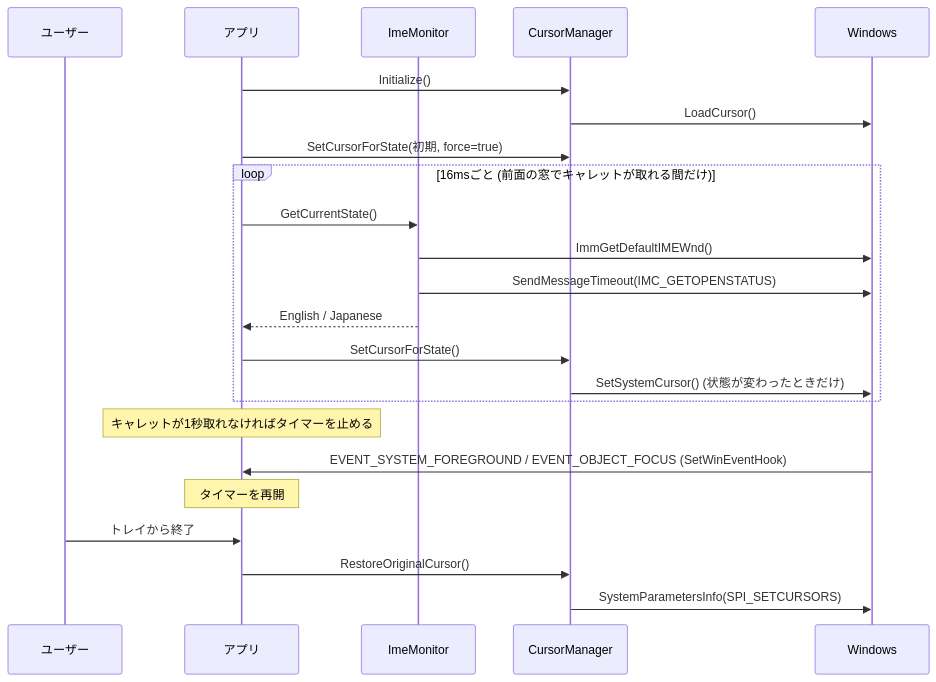
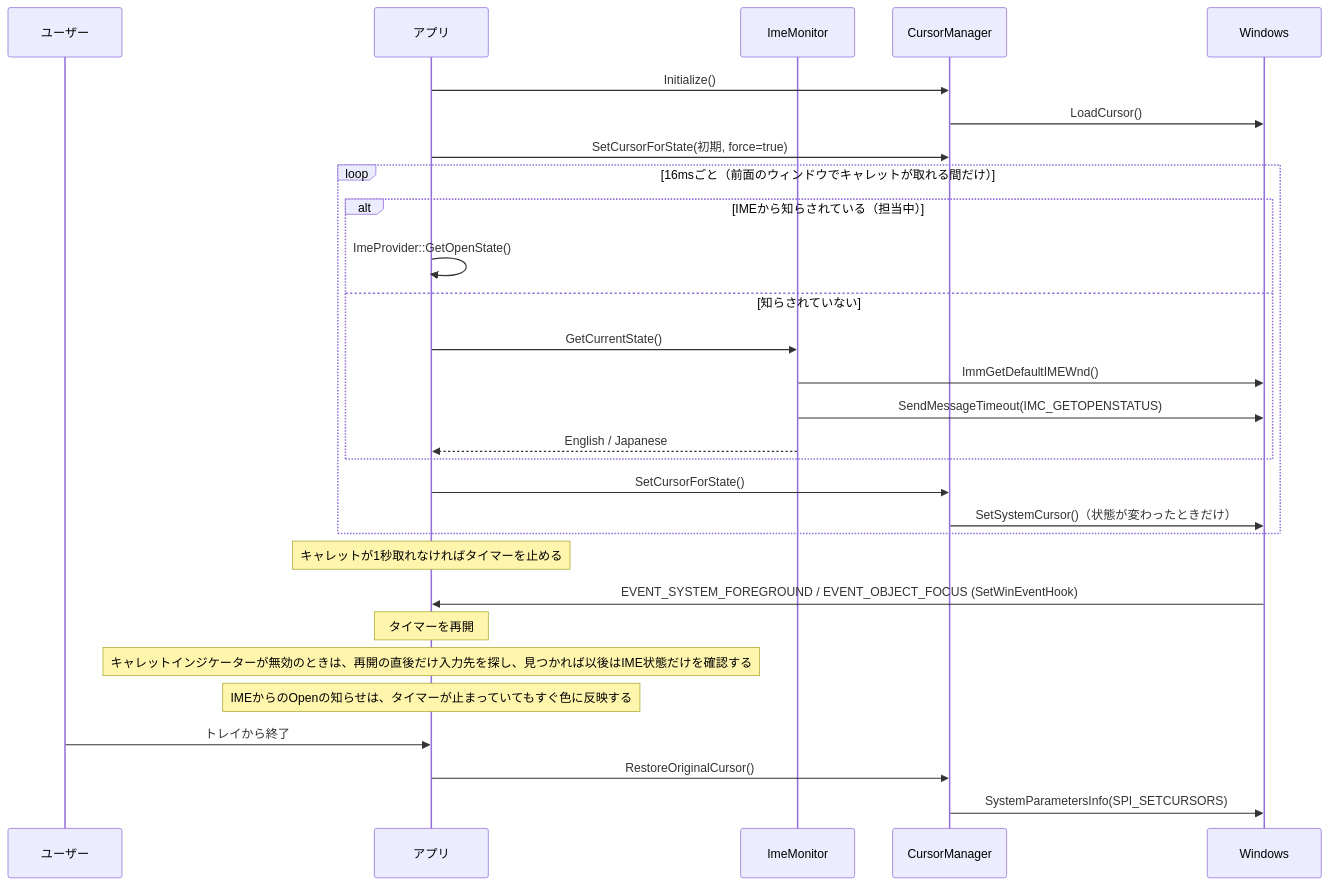
One commit to ycookiey/yCursory changed the second of 6 diagrams in docs/architecture.md. Above: the diagram before and after it, drawn with Mermaid. The commit also changed other lines of this file and 9 other files, not shown here.

````diff
--- a/docs/architecture.md
+++ b/docs/architecture.md
@@ -32,29 +38,35 @@
 ```mermaid
 sequenceDiagram
     participant User as ユーザー
     participant App as アプリ
     participant IME as ImeMonitor
     participant Cursor as CursorManager
     participant Win as Windows
     
     App->>Cursor: Initialize()
     Cursor->>Win: LoadCursor()
     App->>Cursor: SetCursorForState(初期, force=true)
     
-    loop 16msごと (前面の窓でキャレットが取れる間だけ)
-        App->>IME: GetCurrentState()
-        IME->>Win: ImmGetDefaultIMEWnd()
-        IME->>Win: SendMessageTimeout(IMC_GETOPENSTATUS)
-        IME-->>App: English / Japanese
+    loop 16msごと（前面のウィンドウでキャレットが取れる間だけ）
+        alt IMEから知らされている（担当中）
+            App->>App: ImeProvider::GetOpenState()
+        else 知らされていない
+            App->>IME: GetCurrentState()
+            IME->>Win: ImmGetDefaultIMEWnd()
+            IME->>Win: SendMessageTimeout(IMC_GETOPENSTATUS)
+            IME-->>App: English / Japanese
+        end
         App->>Cursor: SetCursorForState()
-        Cursor->>Win: SetSystemCursor() (状態が変わったときだけ)
+        Cursor->>Win: SetSystemCursor()（状態が変わったときだけ）
     end
 
     Note over App: キャレットが1秒取れなければタイマーを止める
     Win->>App: EVENT_SYSTEM_FOREGROUND / EVENT_OBJECT_FOCUS (SetWinEventHook)
     Note over App: タイマーを再開
+    Note over App: キャレットインジケーターが無効のときは、再開の直後だけ入力先を探し、見つかれば以後はIME状態だけを確認する
+    Note over App: IMEからのOpenの知らせは、タイマーが止まっていてもすぐ色に反映する
     
     User->>App: トレイから終了
     App->>Cursor: RestoreOriginalCursor()
     Cursor->>Win: SystemParametersInfo(SPI_SETCURSORS)
 ```
````
